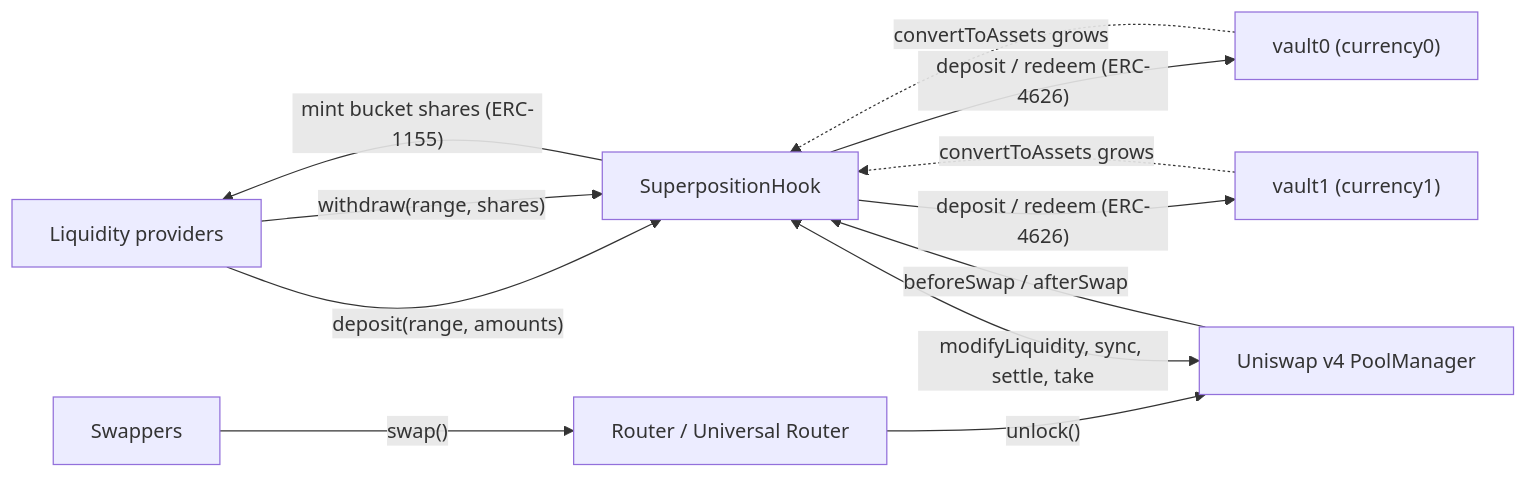
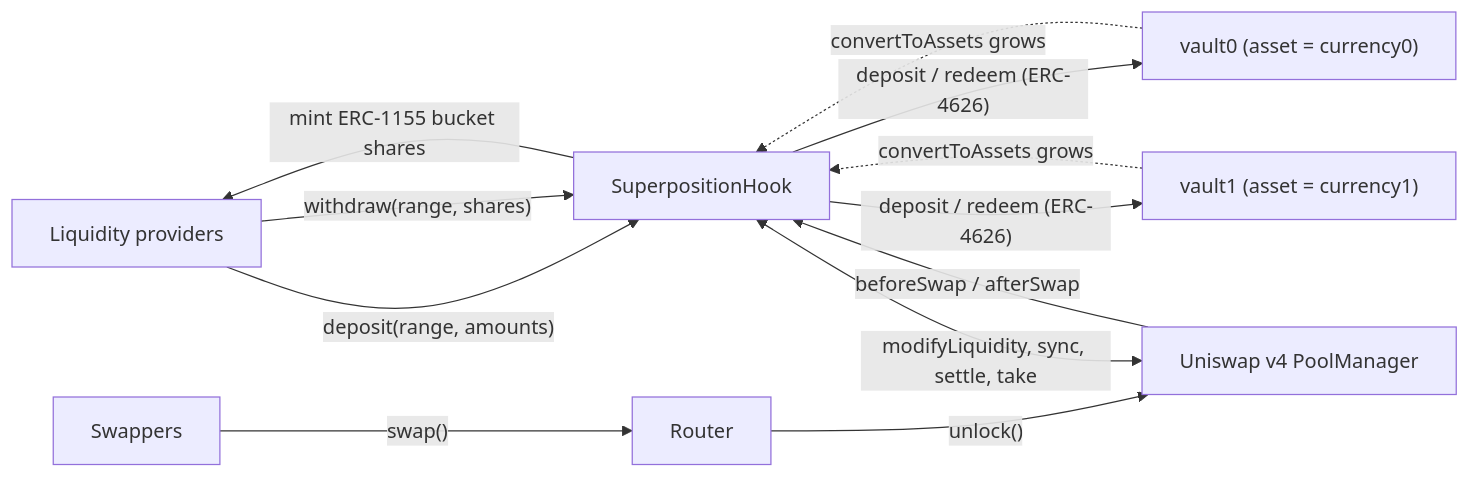
The first of 4 diagrams in superposition-uni-v4-hook/README.md (SolidityDrone/superposition-hook-uni-v4), drawn with Mermaid before and after one commit. The commit also changed other lines of this file and 1 other file, not shown here.

First line of the commit message:
docs: rewrite README for the protocol-agnostic ERC-4626 design

````diff
--- a/superposition-uni-v4-hook/README.md
+++ b/superposition-uni-v4-hook/README.md
@@ -75,16 +87,16 @@
 ```mermaid
 flowchart LR
     LP["Liquidity providers"] -->|"deposit(range, amounts)"| H["SuperpositionHook"]
-    H -->|"mint bucket shares (ERC-1155)"| LP
+    H -->|"mint ERC-1155 bucket shares"| LP
     LP -->|"withdraw(range, shares)"| H
 
-    H -->|"deposit / redeem (ERC-4626)"| V0["vault0 (currency0)"]
-    H -->|"deposit / redeem (ERC-4626)"| V1["vault1 (currency1)"]
+    H -->|"deposit / redeem (ERC-4626)"| V0["vault0 (asset = currency0)"]
+    H -->|"deposit / redeem (ERC-4626)"| V1["vault1 (asset = currency1)"]
     V0 -.->|"convertToAssets grows"| H
     V1 -.->|"convertToAssets grows"| H
 
-    SW["Swappers"] -->|"swap()"| R["Router / Universal Router"]
+    SW["Swappers"] -->|"swap()"| R["Router"]
     R -->|"unlock()"| PM["Uniswap v4 PoolManager"]
     PM -->|"beforeSwap / afterSwap"| H
     H <-->|"modifyLiquidity, sync, settle, take"| PM
 ```
````
